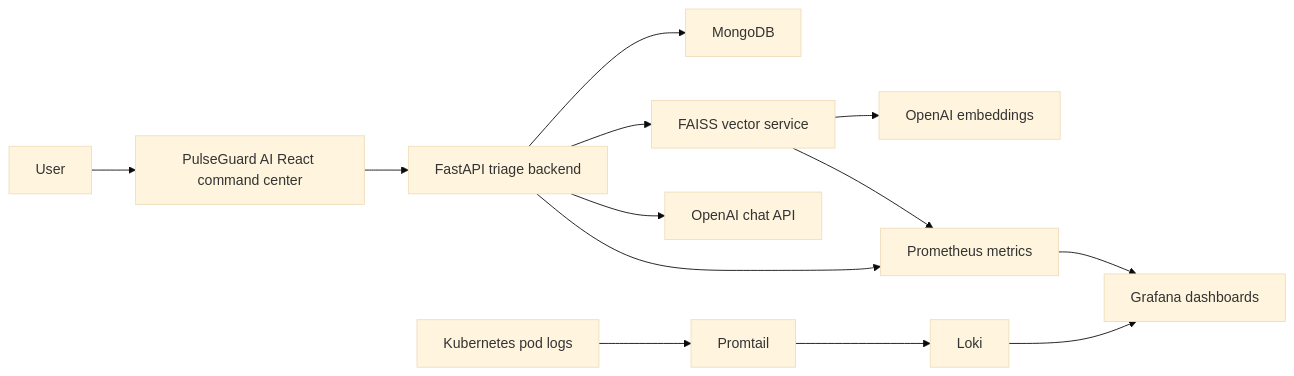
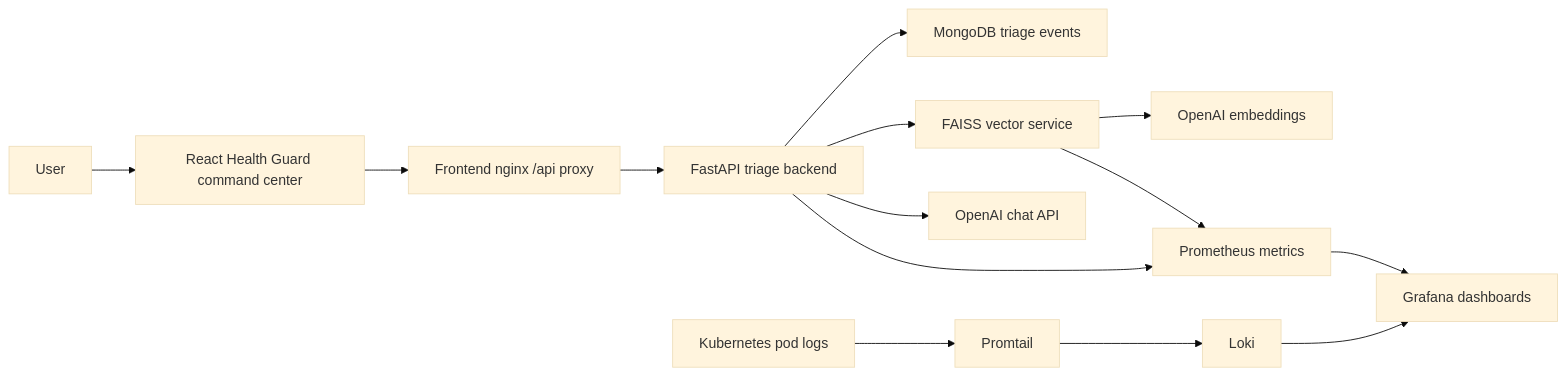
One commit to Mohit1848/Healthcare_Ai changed the diagram in README.md. Above: the diagram before and after it, drawn with Mermaid (base theme). The commit also changed other lines of this file, not shown here.

Commit message:
Update README for Health Guard integration

````diff
--- a/README.md
+++ b/README.md
@@ -9,13 +29,14 @@
 ```mermaid
 flowchart LR
-  U["User"] --> FE["PulseGuard AI React command center"]
-  FE --> BE["FastAPI triage backend"]
-  BE --> M["MongoDB"]
+  U["User"] --> FE["React Health Guard command center"]
+  FE --> NGINX["Frontend nginx /api proxy"]
+  NGINX --> BE["FastAPI triage backend"]
+  BE --> M["MongoDB triage events"]
   BE --> VS["FAISS vector service"]
-  VS --> OAI["OpenAI embeddings"]
-  BE --> OAI2["OpenAI chat API"]
-  BE --> P["Prometheus metrics"]
-  VS --> P
-  P --> G["Grafana dashboards"]
+  VS --> OAIEmbed["OpenAI embeddings"]
+  BE --> OAIChat["OpenAI chat API"]
+  BE --> PM["Prometheus metrics"]
+  VS --> PM
+  PM --> G["Grafana dashboards"]
   Pods["Kubernetes pod logs"] --> PT["Promtail"] --> L["Loki"] --> G
 ```
````
